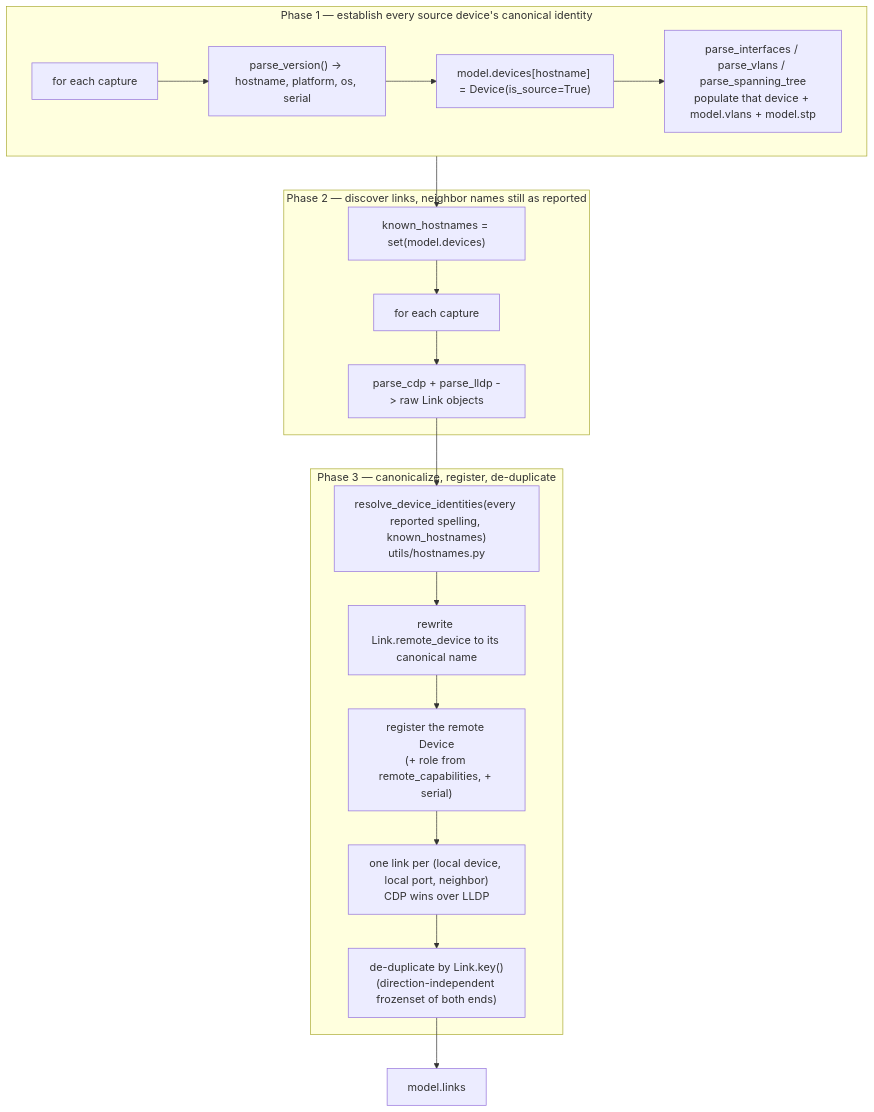
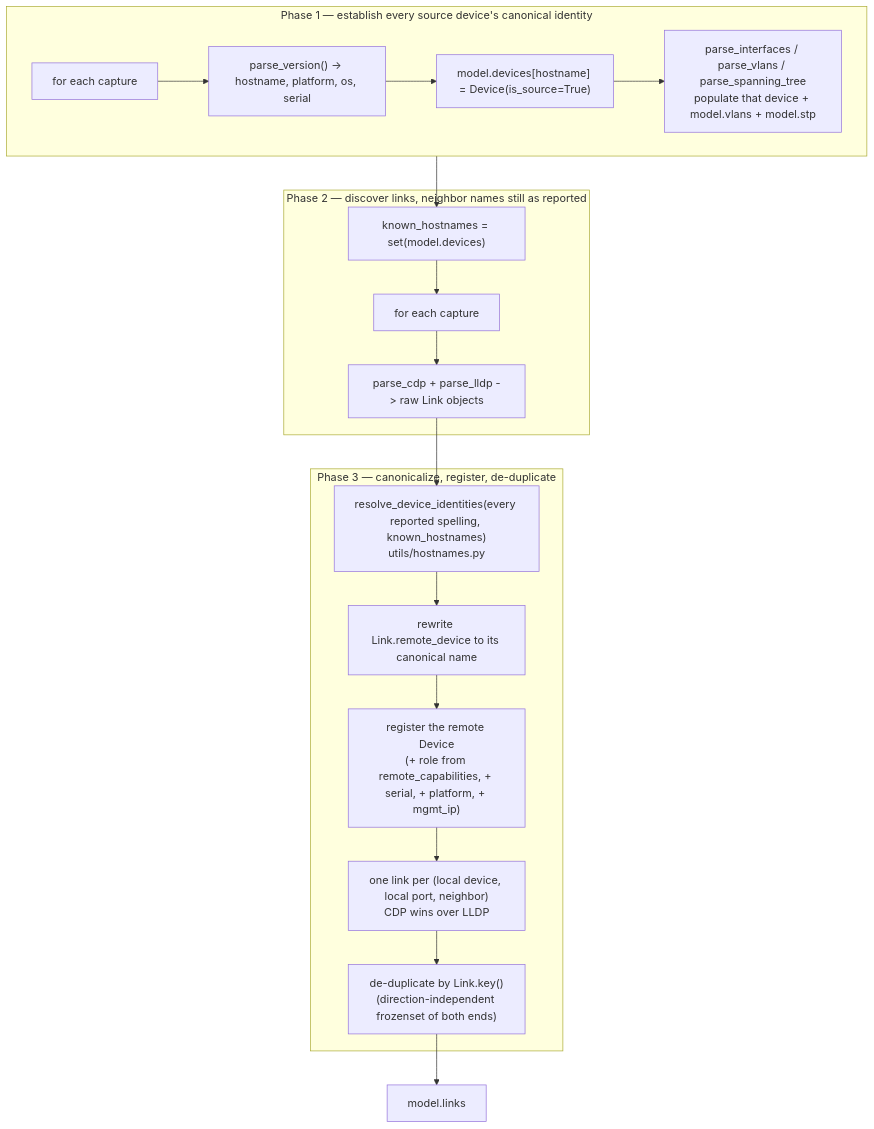
One commit to isrferna/nettopo changed the third of 5 diagrams in docs/architecture.md. Above: the diagram before and after it, drawn with Mermaid. The commit also changed other lines of this file and 14 other files, not shown here.

First line of the commit message:
Populate Device.platform and Device.mgmt_ip from CDP/LLDP (#17)

````diff
--- a/docs/architecture.md
+++ b/docs/architecture.md
@@ -152,20 +152,20 @@
 ```mermaid
 flowchart TD
     subgraph phase1["Phase 1 — establish every source device's canonical identity"]
         A["for each capture"] --> B["parse_version() -> hostname, platform, os, serial"]
         B --> C["model.devices[hostname] = Device(is_source=True)"]
         C --> D["parse_interfaces / parse_vlans / parse_spanning_tree<br/>populate that device + model.vlans + model.stp"]
     end
     phase1 --> E["known_hostnames = set(model.devices)"]
     subgraph phase2["Phase 2 — discover links, neighbor names still as reported"]
         E --> F["for each capture"] --> G["parse_cdp + parse_lldp -> raw Link objects"]
     end
     G --> H["resolve_device_identities(every reported spelling, known_hostnames)<br/>utils/hostnames.py"]
     subgraph phase3["Phase 3 — canonicalize, register, de-duplicate"]
         H --> I["rewrite Link.remote_device to its canonical name"]
-        I --> J["register the remote Device<br/>(+ role from remote_capabilities, + serial)"]
+        I --> J["register the remote Device<br/>(+ role from remote_capabilities, + serial, + platform, + mgmt_ip)"]
         J --> K["one link per (local device, local port, neighbor)<br/>CDP wins over LLDP"]
         K --> L["de-duplicate by Link.key()<br/>(direction-independent frozenset of both ends)"]
     end
     L --> M["model.links"]
 ```
````
